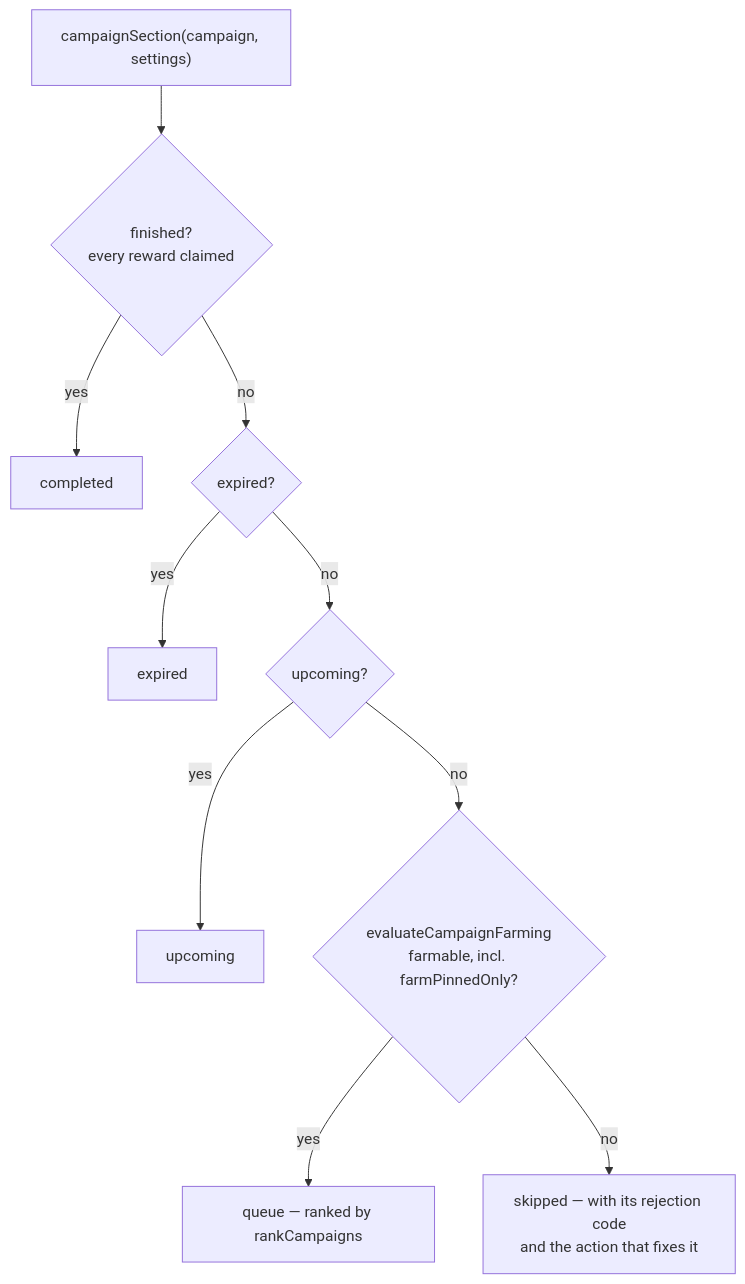
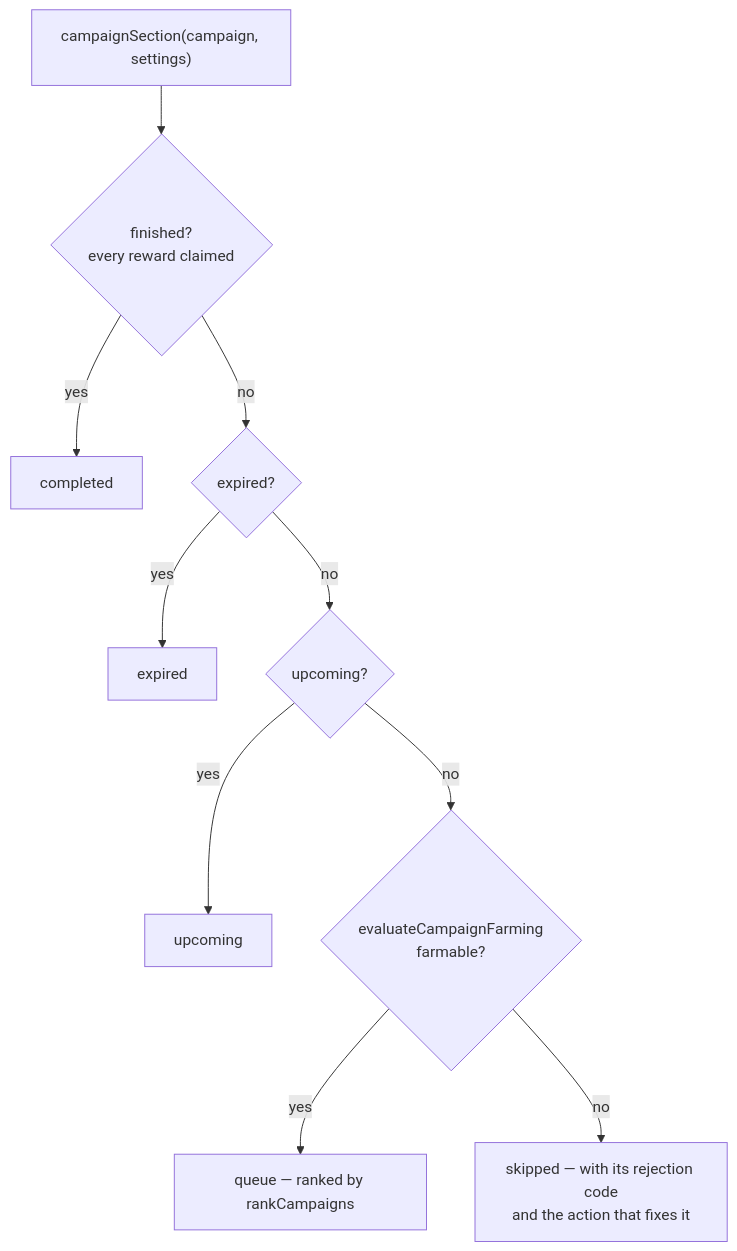
The second of 2 diagrams in docs/campaign-farmability-visibility.md (jamezrin/lurkloot), drawn with Mermaid before and after one commit. The commit also changed other lines of this file and 64 other files, not shown here.

````diff
--- a/docs/campaign-farmability-visibility.md
+++ b/docs/campaign-farmability-visibility.md
@@ -96,12 +101,12 @@
 ```mermaid
 flowchart TD
     A["campaignSection(campaign, settings)"] --> B{"finished?<br/>every reward claimed"}
     B -- yes --> S1["completed"]
     B -- no --> C{"expired?"}
     C -- yes --> S2["expired"]
     C -- no --> D{"upcoming?"}
     D -- yes --> S3["upcoming"]
-    D -- no --> E{"evaluateCampaignFarming<br/>farmable, incl. farmPinnedOnly?"}
+    D -- no --> E{"evaluateCampaignFarming<br/>farmable?"}
     E -- yes --> S4["queue — ranked by rankCampaigns"]
     E -- no --> S5["skipped — with its rejection code<br/>and the action that fixes it"]
 ```
````
